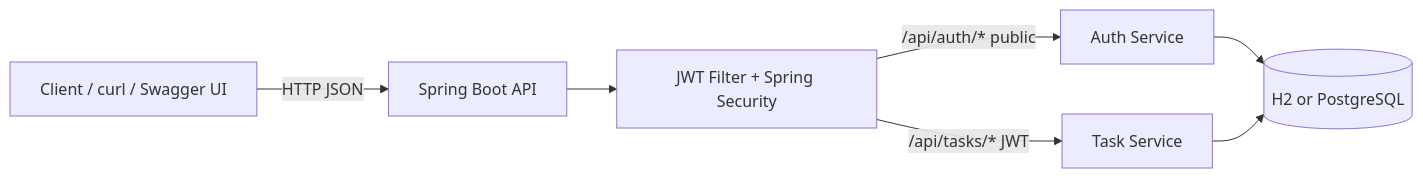
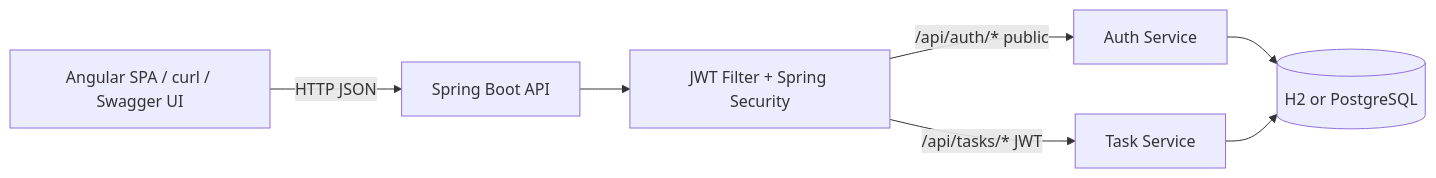
The diagram in README.md (Mohangab/taskflow-api), drawn with Mermaid before and after one commit. The commit also changed other lines of this file and 42 other files, not shown here.

````diff
--- a/README.md
+++ b/README.md
@@ -40,16 +42,16 @@
 ```mermaid
 flowchart LR
-  Client[Client / curl / Swagger UI]
+  Client[Angular SPA / curl / Swagger UI]
   API[Spring Boot API]
   Sec[JWT Filter + Spring Security]
   Auth[Auth Service]
   Tasks[Task Service]
   DB[(H2 or PostgreSQL)]
 
   Client -->|HTTP JSON| API
   API --> Sec
   Sec -->|/api/auth/* public| Auth
   Sec -->|/api/tasks/* JWT| Tasks
   Auth --> DB
   Tasks --> DB
 ```
````
